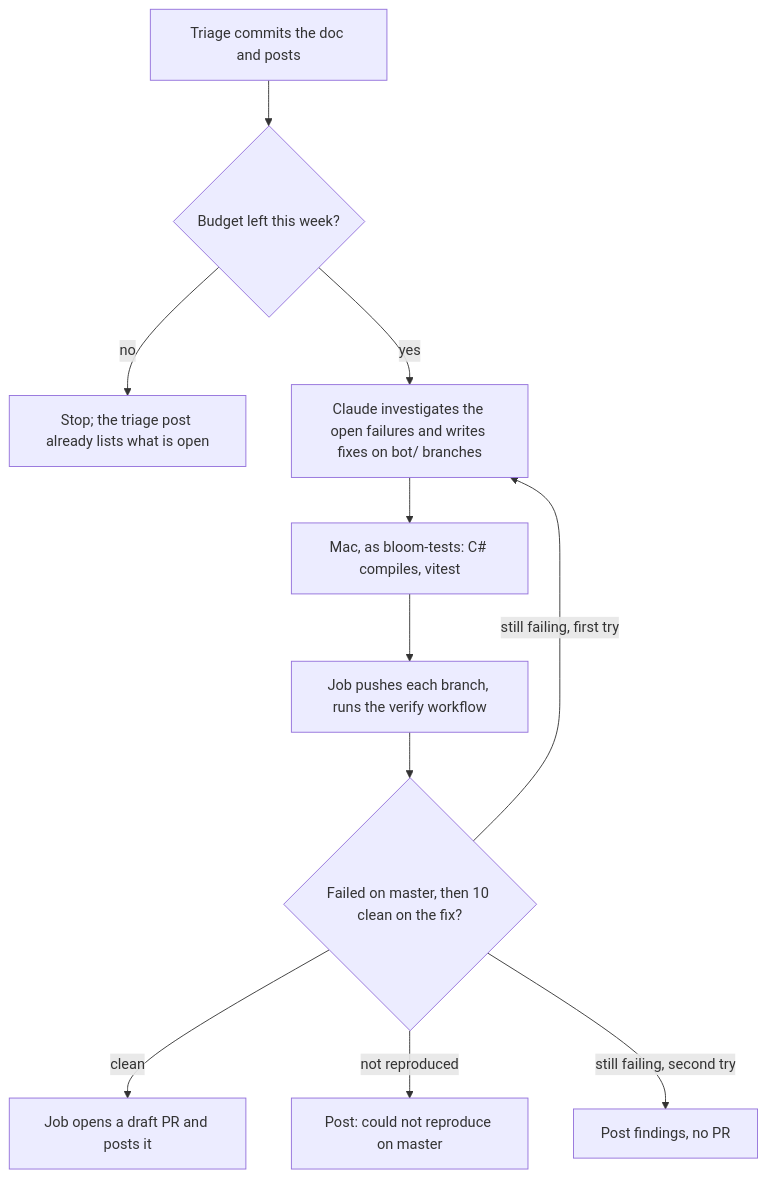
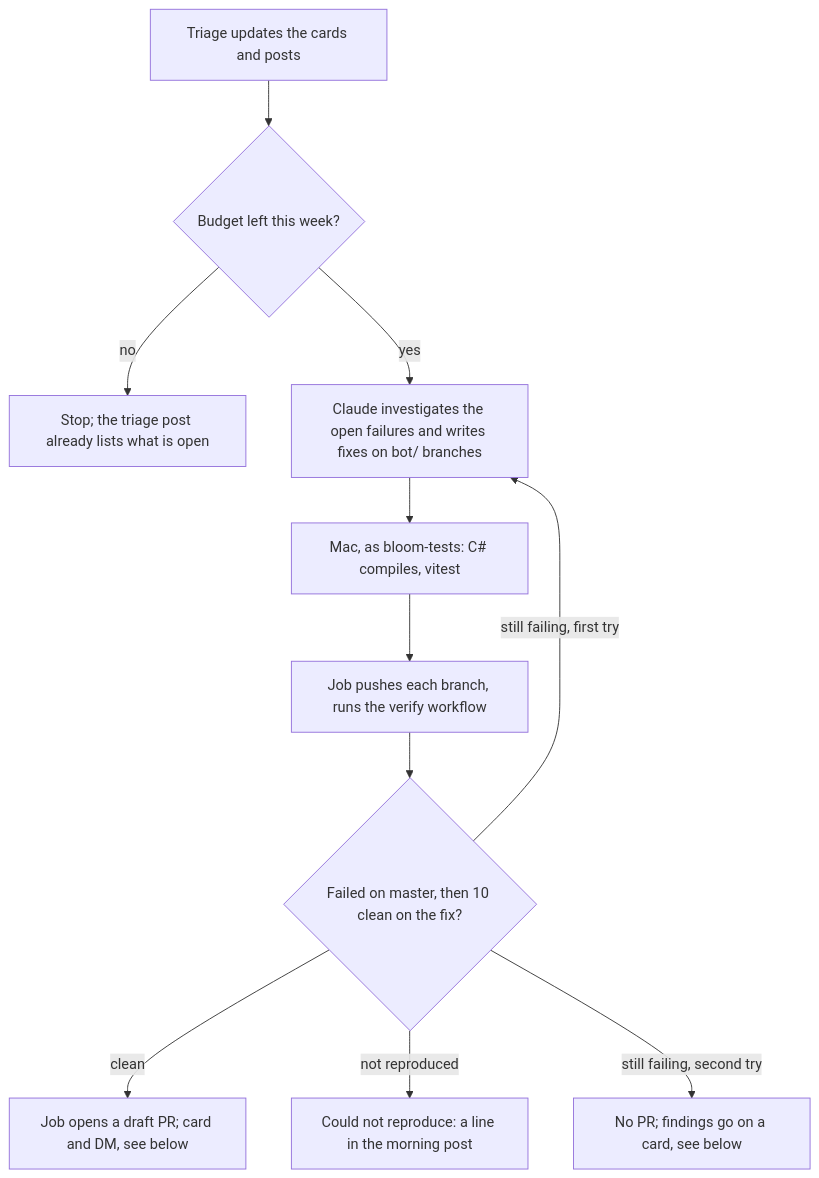
One commit to BloomBooks/BloomDesktop changed the diagram in docs/bot-nightly-fixes/PLAN.md. Above: the diagram before and after it, drawn with Mermaid. The commit also changed other lines of this file and 8 other files, not shown here.

````diff
--- a/docs/bot-nightly-fixes/PLAN.md
+++ b/docs/bot-nightly-fixes/PLAN.md
@@ -35,13 +37,13 @@
 ```mermaid
 flowchart TD
-    T[Triage commits the doc and posts] --> S{Budget left this week?}
+    T[Triage updates the cards and posts] --> S{Budget left this week?}
     S -- no --> Z[Stop; the triage post already lists what is open]
     S -- yes --> F[Claude investigates the open failures and writes fixes on bot/ branches]
     F --> L[Mac, as bloom-tests: C# compiles, vitest]
     L --> V[Job pushes each branch, runs the verify workflow]
     V --> R{Failed on master, then 10 clean on the fix?}
-    R -- clean --> PR[Job opens a draft PR and posts it]
-    R -- not reproduced --> N[Post: could not reproduce on master]
+    R -- clean --> PR[Job opens a draft PR; card and DM, see below]
+    R -- not reproduced --> N[Could not reproduce: a line in the morning post]
     R -- still failing, first try --> F
-    R -- still failing, second try --> N2[Post findings, no PR]
+    R -- still failing, second try --> N2[No PR; findings go on a card, see below]
 ```
````
